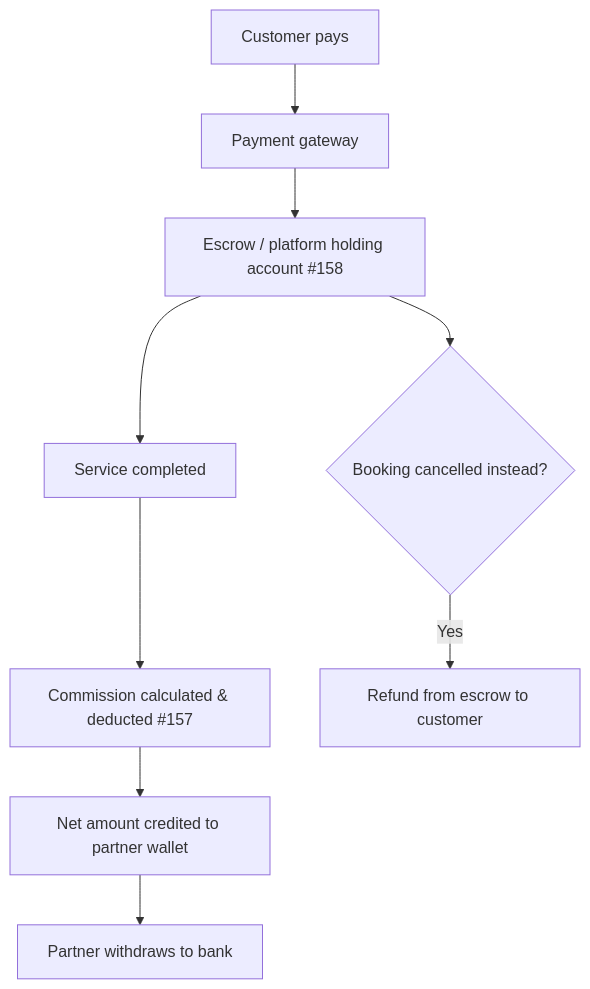
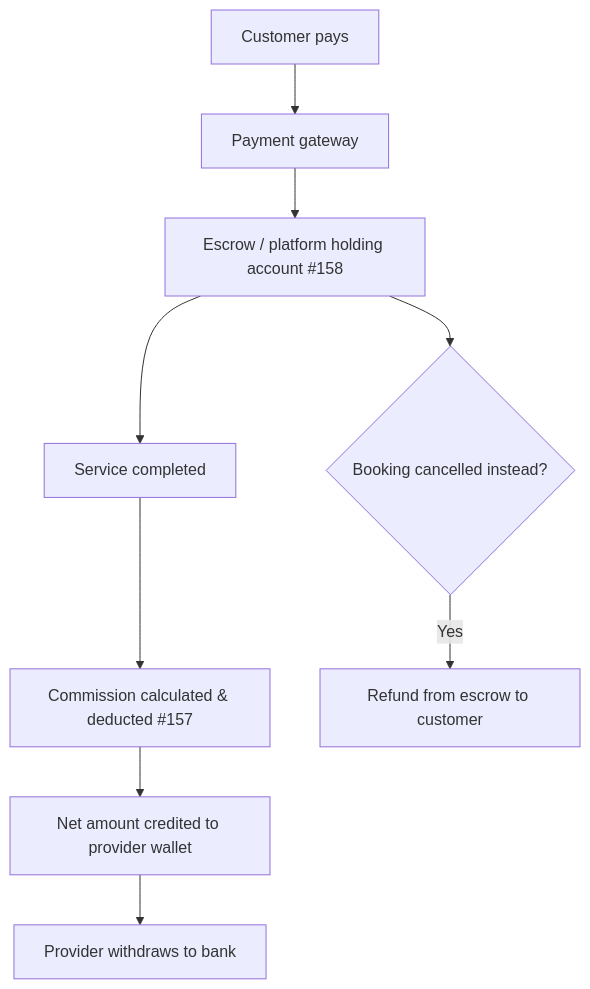
Before and after one commit to SantoshGitlab/nestly: the fifth of 9 diagrams in docs/WORKFLOW.md, drawn with Mermaid. The commit also changed other lines of this file and 488 other files, not shown here.

````diff
--- a/docs/WORKFLOW.md
+++ b/docs/WORKFLOW.md
@@ -162,12 +162,12 @@
 ```mermaid
 flowchart TD
     A[Customer pays] --> B[Payment gateway]
     B --> C[Escrow / platform holding account #158]
     C --> D[Service completed]
     D --> E[Commission calculated & deducted #157]
-    E --> F[Net amount credited to partner wallet]
-    F --> G[Partner withdraws to bank]
+    E --> F[Net amount credited to provider wallet]
+    F --> G[Provider withdraws to bank]
 
     C --> H{Booking cancelled instead?}
     H -->|Yes| I[Refund from escrow to customer]
 ```
````
